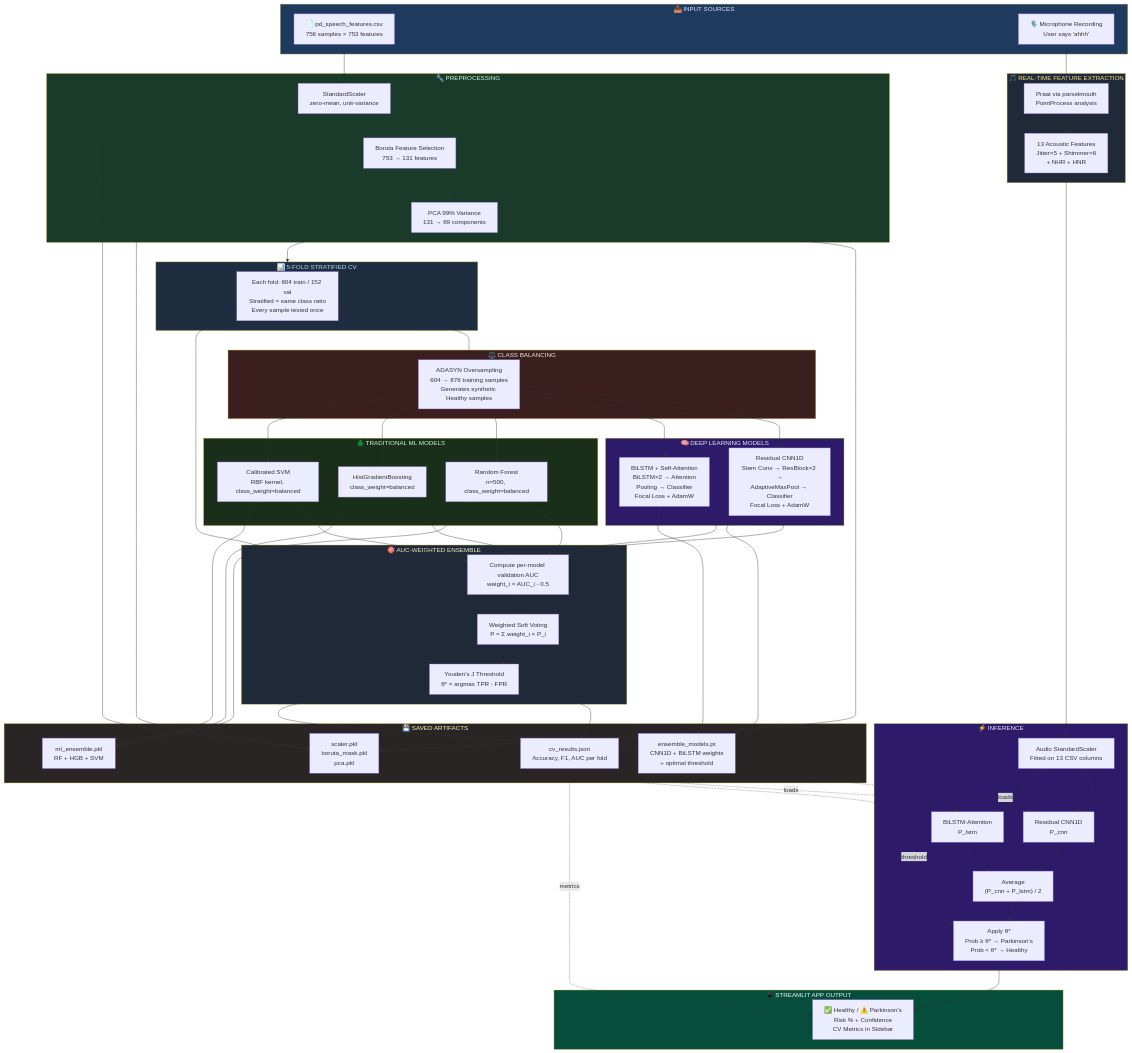
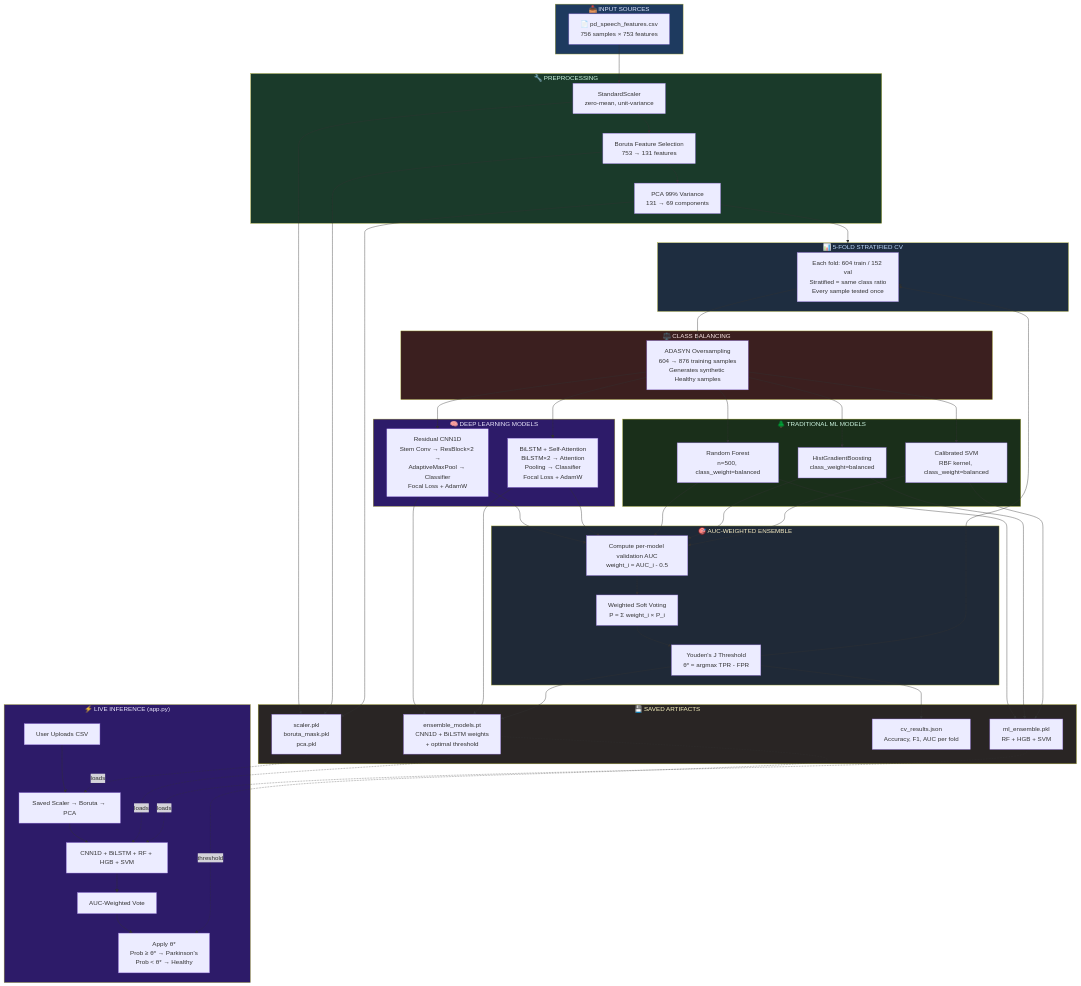
One commit to Preeti0705/Parkinson-s-disease-mp changed the diagram in WALKTHROUGH.md. Above: the diagram before and after it, drawn with Mermaid. The commit also changed other lines of this file and 17 other files, not shown here.

````diff
--- a/WALKTHROUGH.md
+++ b/WALKTHROUGH.md
@@ -370,7 +122,6 @@
 flowchart TD
     subgraph INPUT[" 📥 INPUT SOURCES "]
         CSV["📄 pd_speech_features.csv\n756 samples × 753 features"]
-        MIC["🎙️ Microphone Recording\nUser says 'ahhh'"]
     end
 
     subgraph PREPROCESS[" 🔧 PREPROCESSING "]
@@ -411,21 +162,12 @@
         SCALERPKL["scaler.pkl\nboruta_mask.pkl\npca.pkl"]
     end
 
-    subgraph AUDIOFE[" 🎵 REAL-TIME FEATURE EXTRACTION "]
-        PRAAT["Praat via parselmouth\nPointProcess analysis"]
-        FEATS13["13 Acoustic Features\nJitter×5 + Shimmer×6\n+ NHR + HNR"]
-    end
-
-    subgraph INFERENCE[" ⚡ INFERENCE "]
-        AUDIOSCALER["Audio StandardScaler\nFitted on 13 CSV columns"]
-        CNNINF["Residual CNN1D\nP_cnn"]
-        LSTMINF["BiLSTM-Attention\nP_lstm"]
-        AVG["Average\n(P_cnn + P_lstm) / 2"]
+    subgraph INFERENCE[" ⚡ LIVE INFERENCE (app.py) "]
+        UPLOAD["User Uploads CSV"]
+        UPLOAD_PREP["Saved Scaler → Boruta → PCA"]
+        ALL_MODELS["CNN1D + BiLSTM + RF + HGB + SVM"]
+        VOTE_INF["AUC-Weighted Vote"]
         DECISION["Apply θ*\nProb ≥ θ* → Parkinson's\nProb < θ* → Healthy"]
-    end
-
-    subgraph OUTPUT[" 📱 STREAMLIT APP OUTPUT "]
-        RESULT["✅ Healthy / ⚠️ Parkinson's\nRisk % + Confidence\nCV Metrics in Sidebar"]
     end
 
     CSV --> SCALER --> BORUTA --> PCA --> CV
@@ -438,13 +180,12 @@
     THRESH --> JSON; THRESH --> PT
     SCALER --> SCALERPKL; BORUTA --> SCALERPKL; PCA --> SCALERPKL
 
-    MIC --> PRAAT --> FEATS13 --> AUDIOSCALER
-    AUDIOSCALER --> CNNINF & LSTMINF
-    PT -.loads.-> CNNINF & LSTMINF
-    CNNINF & LSTMINF --> AVG --> DECISION
+    UPLOAD --> UPLOAD_PREP
+    SCALERPKL -.loads.-> UPLOAD_PREP
+    UPLOAD_PREP --> ALL_MODELS
+    PT & PKL -.loads.-> ALL_MODELS
+    ALL_MODELS --> VOTE_INF --> DECISION
     PT -.threshold.-> DECISION
-    JSON -.metrics.-> RESULT
-    DECISION --> RESULT
 
     style INPUT fill:#1e3a5f,color:#e0e7ff
     style PREPROCESS fill:#1a3a2a,color:#d1fae5
@@ -454,7 +195,5 @@
     style ENSEMBLE fill:#1f2937,color:#fef3c7
     style CV fill:#1e2d40,color:#bfdbfe
     style ARTIFACTS fill:#292524,color:#fef9c3
-    style AUDIOFE fill:#1f2937,color:#fde68a
     style INFERENCE fill:#2d1b69,color:#ede9fe
-    style OUTPUT fill:#064e3b,color:#ecfdf5
 ```
````
